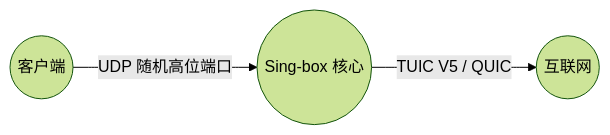
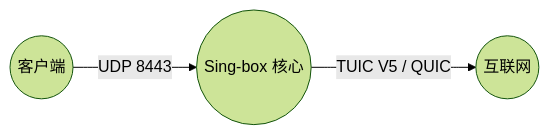
One commit to currycan/key changed the third of 14 diagrams in docker/sb-xray/docs/02-protocols-and-security.md. Above: the diagram before and after it, drawn with Mermaid (forest theme). The commit also changed other lines of this file and 5 other files, not shown here.

````diff
--- a/docker/sb-xray/docs/02-protocols-and-security.md
+++ b/docker/sb-xray/docs/02-protocols-and-security.md
@@ -166,5 +166,5 @@
 ```mermaid
 graph LR
-    User((客户端)) -- "UDP 随机高位端口" --> Singbox(("Sing-box 核心"))
+    User((客户端)) -- "UDP 8443" --> Singbox(("Sing-box 核心"))
     Singbox -- "TUIC V5 / QUIC" --> Internet((互联网))
 ```
````
